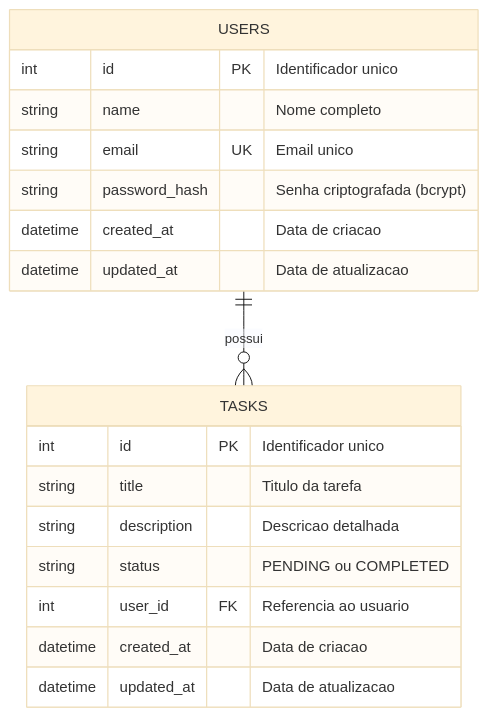
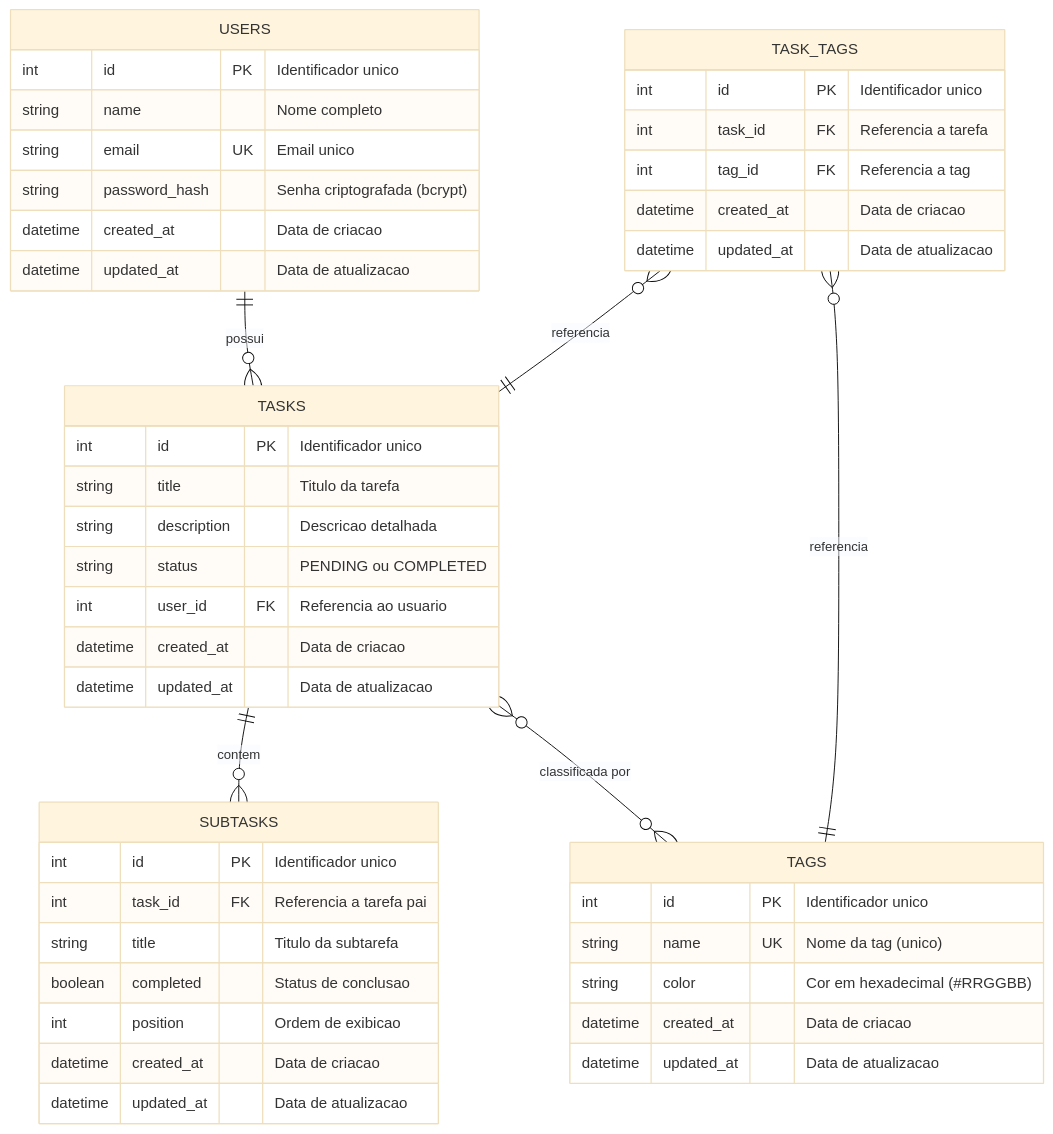
Before and after one commit to DPontello/zettalab-desafio-ii: the diagram in docs/er-diagram.md, drawn with Mermaid (base theme). The commit also changed other lines of this file and 1 other file, not shown here.

Commit message:
docs: update database schema and ER diagram with 3 new tables (tags, task_tags, subtasks)

````diff
--- a/docs/er-diagram.md
+++ b/docs/er-diagram.md
@@ -5,23 +5,53 @@
 ```mermaid
 erDiagram
   USERS ||--o{ TASKS : "possui"
+  TASKS ||--o{ SUBTASKS : "contem"
+  TASKS }o--o{ TAGS : "classificada por"
+  TASK_TAGS }o--|| TASKS : "referencia"
+  TASK_TAGS }o--|| TAGS : "referencia"
 
   USERS {
     int id PK "Identificador unico"
     string name "Nome completo"
     string email UK "Email unico"
     string password_hash "Senha criptografada (bcrypt)"
     datetime created_at "Data de criacao"
     datetime updated_at "Data de atualizacao"
   }
 
   TASKS {
     int id PK "Identificador unico"
     string title "Titulo da tarefa"
     string description "Descricao detalhada"
     string status "PENDING ou COMPLETED"
     int user_id FK "Referencia ao usuario"
     datetime created_at "Data de criacao"
     datetime updated_at "Data de atualizacao"
   }
+
+  TAGS {
+    int id PK "Identificador unico"
+    string name UK "Nome da tag (unico)"
+    string color "Cor em hexadecimal (#RRGGBB)"
+    datetime created_at "Data de criacao"
+    datetime updated_at "Data de atualizacao"
+  }
+
+  TASK_TAGS {
+    int id PK "Identificador unico"
+    int task_id FK "Referencia a tarefa"
+    int tag_id FK "Referencia a tag"
+    datetime created_at "Data de criacao"
+    datetime updated_at "Data de atualizacao"
+  }
+
+  SUBTASKS {
+    int id PK "Identificador unico"
+    int task_id FK "Referencia a tarefa pai"
+    string title "Titulo da subtarefa"
+    boolean completed "Status de conclusao"
+    int position "Ordem de exibicao"
+    datetime created_at "Data de criacao"
+    datetime updated_at "Data de atualizacao"
+  }
 ```
````
